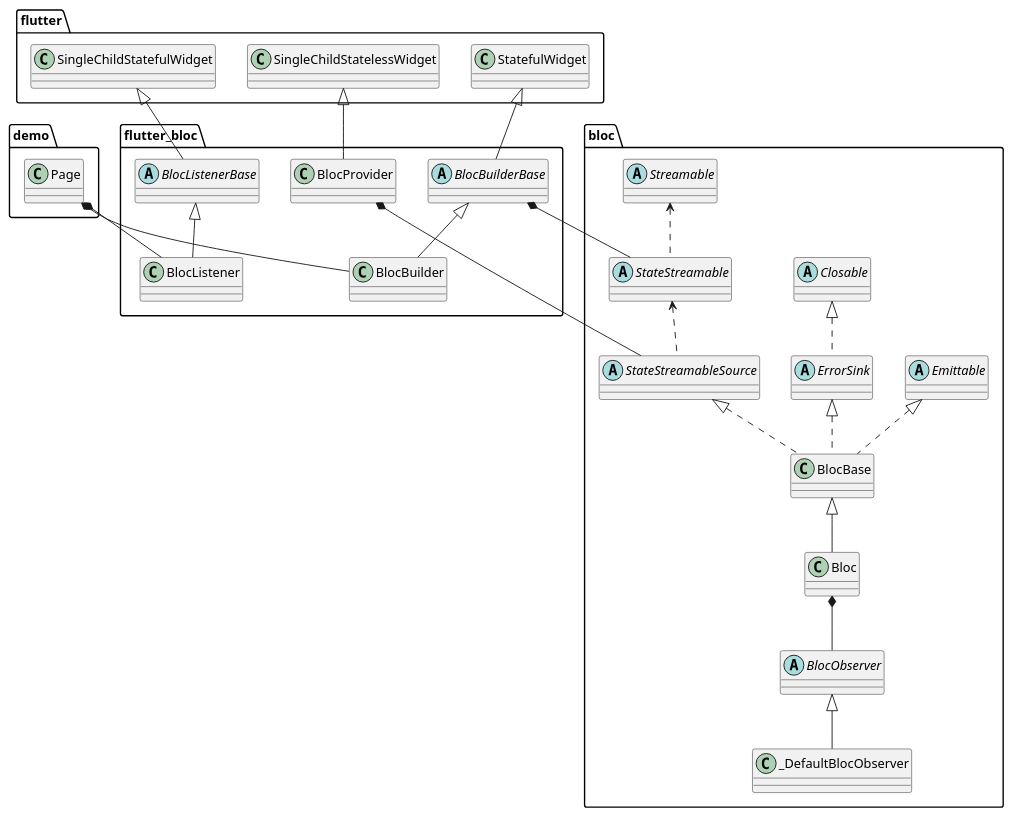
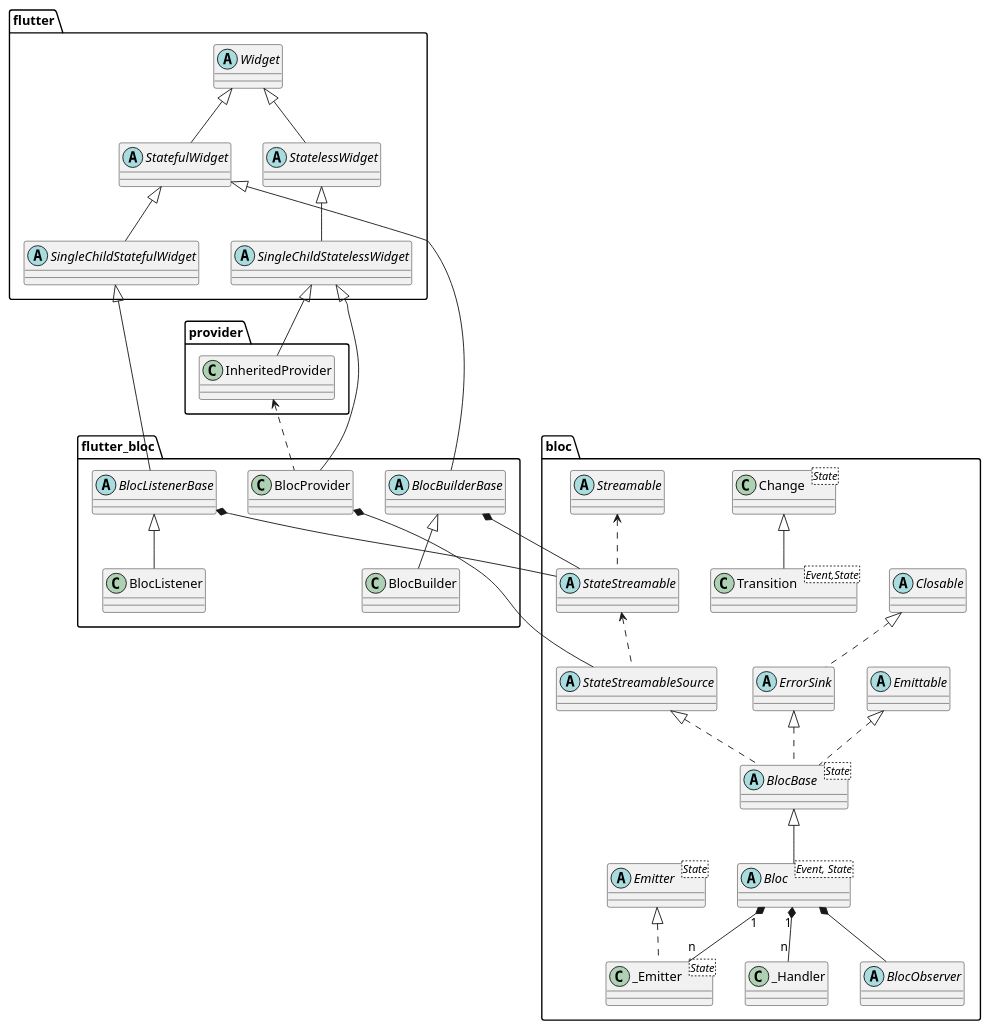
The diagram in uml/flutter-bloc.puml (duweiwang/duweiwang.github.io), drawn with PlantUML before and after one commit.

Commit message:
flutter bloc uml

```diff
--- a/uml/flutter-bloc.puml
+++ b/uml/flutter-bloc.puml
@@ -1,64 +1,100 @@
 @startuml
 'https://plantuml.com/class-diagram
 
+
+package flutter {
+
+    abstract Widget
+    abstract class StatefulWidget
+    abstract class StatelessWidget
+
+     abstract class SingleChildStatefulWidget
+     abstract class SingleChildStatelessWidget
+
+     Widget <|-- StatefulWidget
+     Widget <|-- StatelessWidget
+
+    StatefulWidget <|-- SingleChildStatefulWidget
+    StatelessWidget <|-- SingleChildStatelessWidget
+}
+
+
 package bloc{
-    class BlocBase
-    class Bloc
+    abstract class BlocBase<State>
+    abstract class Bloc<Event, State>
 
     abstract class Emittable
     abstract class Closable
     abstract class ErrorSink
     abstract class StateStreamableSource
 
     abstract class Streamable
     abstract class StateStreamable
     abstract class BlocObserver
-    class _DefaultBlocObserver
+'    class _DefaultBlocObserver
+
+    abstract class Emitter<State>
+
+    class _Emitter<State>
+    class _Handler
+    class Change<State>
+    class Transition<Event,State>
+    Change <|-- Transition
+
+    BlocBase <|-- Bloc
+    StateStreamableSource <|.. BlocBase
+    Emittable <|.. BlocBase
+    ErrorSink <|.. BlocBase
+    Closable <|.. ErrorSink
+    Streamable <.. StateStreamable
+    StateStreamable <.. StateStreamableSource
+    Bloc *-- BlocObserver
+
+    Emitter <|.. _Emitter
+
+    Bloc "1"*--"n" _Emitter
+    Bloc "1"*--"n" _Handler
 }
 
-BlocBase <|-- Bloc
-StateStreamableSource <|.. BlocBase
-Emittable <|.. BlocBase
-ErrorSink <|.. BlocBase
-Closable <|.. ErrorSink
-
-Streamable <.. StateStreamable
-StateStreamable <.. StateStreamableSource
-
-BlocObserver <|-- _DefaultBlocObserver
+package provider{
+    class InheritedProvider
+}
 
 package flutter_bloc {
 
     abstract class BlocBuilderBase
     abstract class BlocListenerBase
     class BlocListener
     class BlocProvider
     class BlocBuilder
+
+    BlocListenerBase <|-- BlocListener
+    BlocBuilderBase <|-- BlocBuilder
 }
 
-package flutter {
-    class SingleChildStatefulWidget
-    class SingleChildStatelessWidget
-    class StatefulWidget
-}
+InheritedProvider <.. BlocProvider
+
+'package demo{
+'
+'    class DemoPage
+'    class DemoBloc
+'
+'}
+'
+'DemoPage *-- BlocListener
+'DemoPage *-- BlocBuilder
+'DemoPage *-- BlocProvider
+'Bloc <|-- DemoBloc
 
 SingleChildStatefulWidget <|-- BlocListenerBase
 SingleChildStatelessWidget <|-- BlocProvider
 StatefulWidget <|-- BlocBuilderBase
 
-BlocListenerBase <|-- BlocListener
-BlocBuilderBase <|-- BlocBuilder
+
 
 BlocProvider *-- StateStreamableSource
 BlocBuilderBase *-- StateStreamable
+BlocListenerBase *-- StateStreamable
 
-Bloc *-- BlocObserver
-
-package demo{
-
-    class Page{}
-}
-
-Page *-- BlocListener
-Page *-- BlocBuilder
+SingleChildStatelessWidget <|-- InheritedProvider
 @enduml
```
